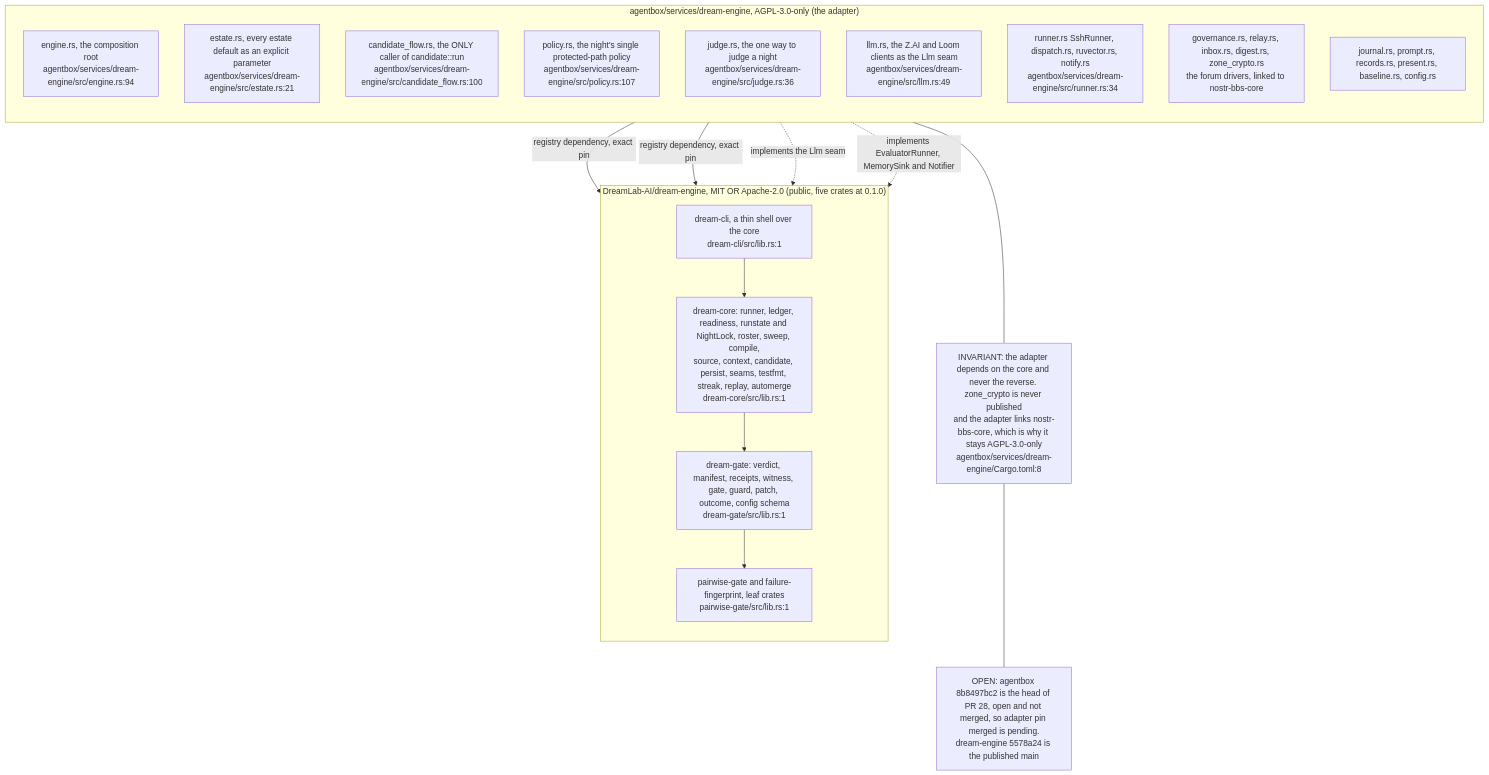
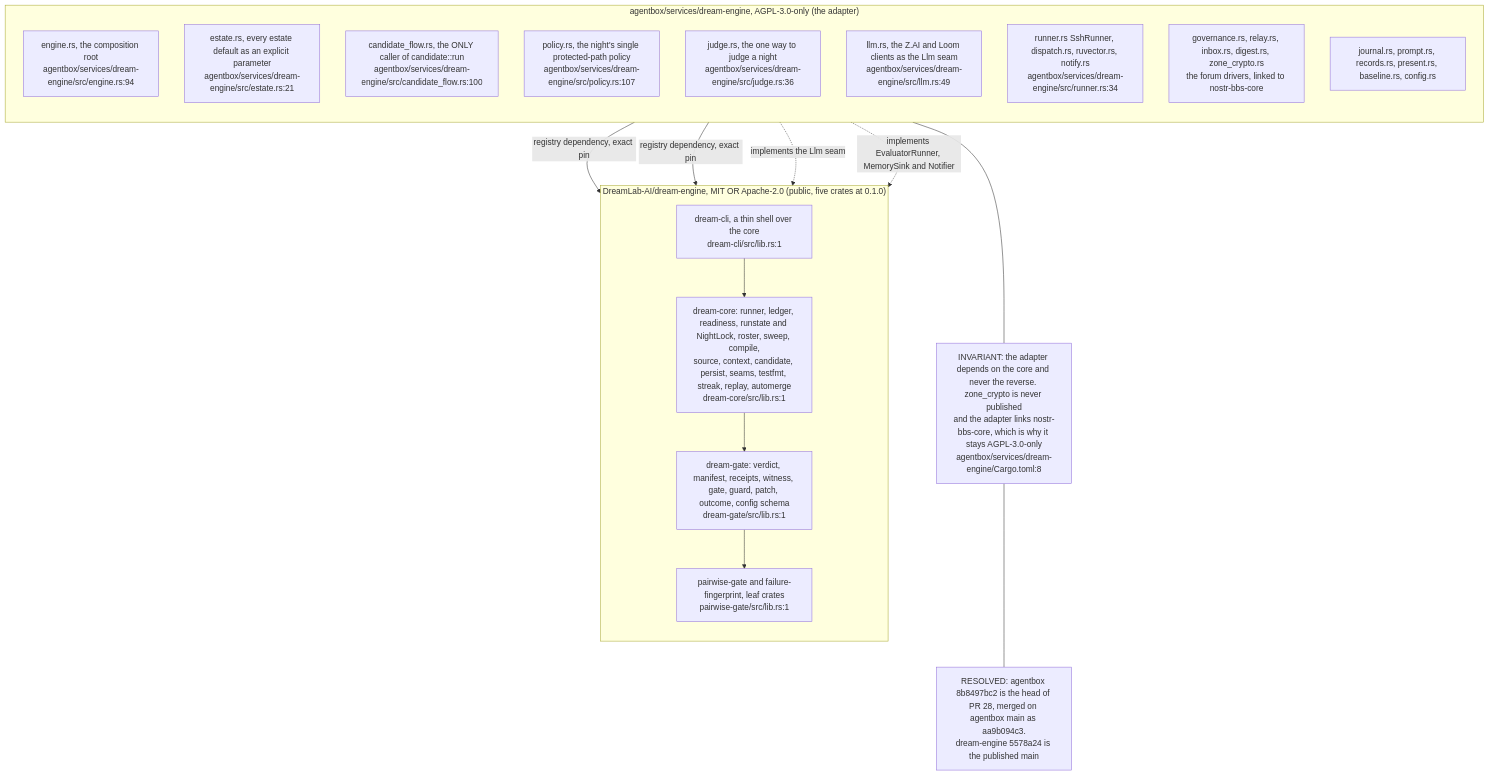
Before and after one commit to DreamLab-AI/VisionFlow: the third of 20 diagrams in docs/diagrams/agentbox/23-dream-engine.md, drawn with Mermaid. The commit also changed other lines of this file and 6 other files, not shown here.

Commit message:
docs(diagrams): agentbox PR 28 merged; mark the adapter pin resolved, image rebuild pending

````diff
--- a/docs/diagrams/agentbox/23-dream-engine.md
+++ b/docs/diagrams/agentbox/23-dream-engine.md
@@ -229,33 +229,33 @@
 ```mermaid
 flowchart TB
     subgraph adapter["agentbox/services/dream-engine, AGPL-3.0-only (the adapter)"]
         direction TB
         E1["engine.rs, the composition root<br/>agentbox/services/dream-engine/src/engine.rs:94"]
         E2["estate.rs, every estate default as an explicit parameter<br/>agentbox/services/dream-engine/src/estate.rs:21"]
         E3["candidate_flow.rs, the ONLY caller of candidate::run<br/>agentbox/services/dream-engine/src/candidate_flow.rs:100"]
         E4["policy.rs, the night's single protected-path policy<br/>agentbox/services/dream-engine/src/policy.rs:107"]
         E5["judge.rs, the one way to judge a night<br/>agentbox/services/dream-engine/src/judge.rs:36"]
         E6["llm.rs, the Z.AI and Loom clients as the Llm seam<br/>agentbox/services/dream-engine/src/llm.rs:49"]
         E7["runner.rs SshRunner, dispatch.rs, ruvector.rs, notify.rs<br/>agentbox/services/dream-engine/src/runner.rs:34"]
         E8["governance.rs, relay.rs, inbox.rs, digest.rs, zone_crypto.rs<br/>the forum drivers, linked to nostr-bbs-core"]
         E9["journal.rs, prompt.rs, records.rs, present.rs, baseline.rs, config.rs"]
     end
     subgraph core["DreamLab-AI/dream-engine, MIT OR Apache-2.0 (public, five crates at 0.1.0)"]
         direction TB
         C1["dream-core: runner, ledger, readiness, runstate and NightLock, roster, sweep, compile,<br/>source, context, candidate, persist, seams, testfmt, streak, replay, automerge<br/>dream-core/src/lib.rs:1"]
         C2["dream-gate: verdict, manifest, receipts, witness, gate, guard, patch, outcome, config schema<br/>dream-gate/src/lib.rs:1"]
         C3["pairwise-gate and failure-fingerprint, leaf crates<br/>pairwise-gate/src/lib.rs:1"]
         C4["dream-cli, a thin shell over the core<br/>dream-cli/src/lib.rs:1"]
     end
     E1 -->|"registry dependency, exact pin"| C1
     E1 -->|"registry dependency, exact pin"| C2
     C1 --> C2
     C2 --> C3
     C4 --> C1
     E6 -.->|"implements the Llm seam"| C1
     E7 -.->|"implements EvaluatorRunner, MemorySink and Notifier"| C1
     BARRIER["INVARIANT: the adapter depends on the core and never the reverse. zone_crypto is never published<br/>and the adapter links nostr-bbs-core, which is why it stays AGPL-3.0-only<br/>agentbox/services/dream-engine/Cargo.toml:8"]
     E8 --- BARRIER
-    STAMP["OPEN: agentbox 8b8497bc2 is the head of PR 28, open and not merged, so adapter pin merged is pending.<br/>dream-engine 5578a24 is the published main"]
+    STAMP["RESOLVED: agentbox 8b8497bc2 is the head of PR 28, merged on agentbox main as aa9b094c3.<br/>dream-engine 5578a24 is the published main"]
     BARRIER --- STAMP
 ```
````
